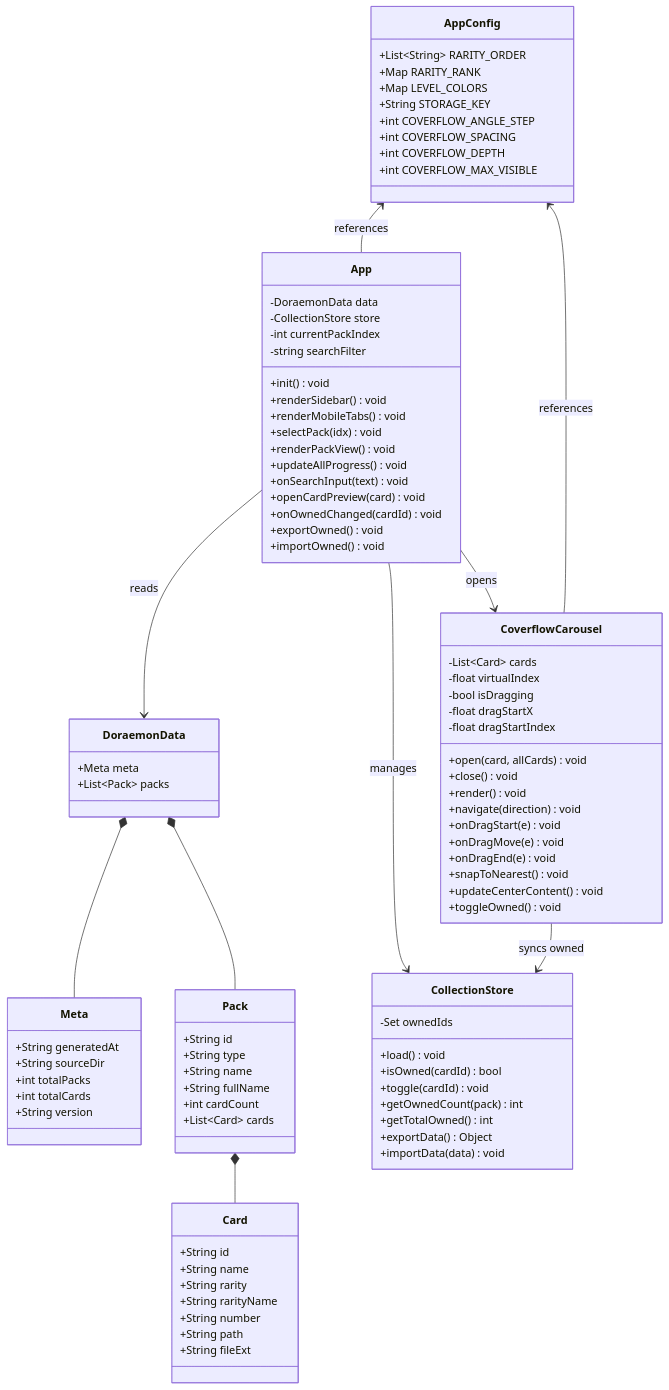
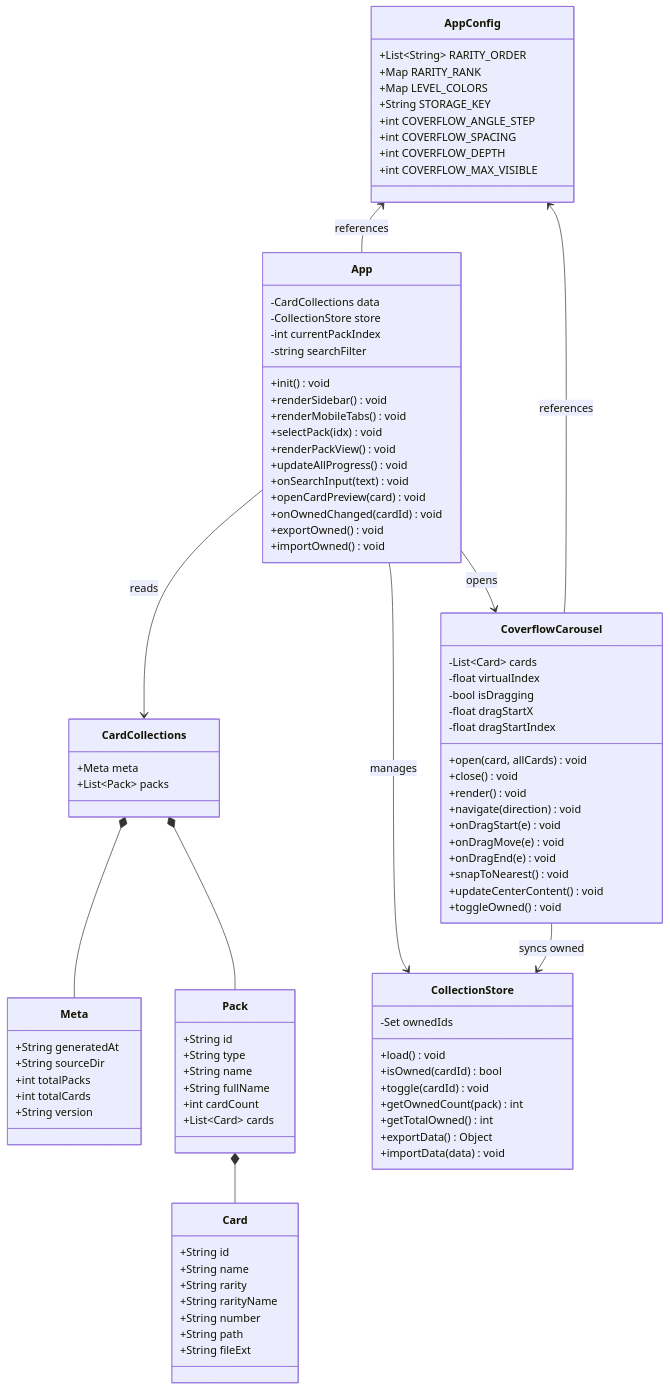
The first of 5 diagrams in docs/ARCHITECTURE.md (5244DragonLin/doraemon-card-collection), drawn with Mermaid before and after one commit. The commit also changed other lines of this file and 15 other files, not shown here.

````diff
--- a/docs/ARCHITECTURE.md
+++ b/docs/ARCHITECTURE.md
@@ -315,6 +324,6 @@
 ```mermaid
 classDiagram
-    class DoraemonData {
+    class CardCollections {
         +Meta meta
         +List~Pack~ packs
     }
@@ -369,7 +378,7 @@
     }
 
     class App {
-        -DoraemonData data
+        -CardCollections data
         -CollectionStore store
         -int currentPackIndex
         -string searchFilter
@@ -404,10 +413,10 @@
         +toggleOwned() void
     }
 
-    DoraemonData *-- Meta
-    DoraemonData *-- Pack
+    CardCollections *-- Meta
+    CardCollections *-- Pack
     Pack *-- Card
-    App --> DoraemonData : reads
+    App --> CardCollections : reads
     App --> CollectionStore : manages
     App --> CoverflowCarousel : opens
     CoverflowCarousel --> CollectionStore : syncs owned
````
